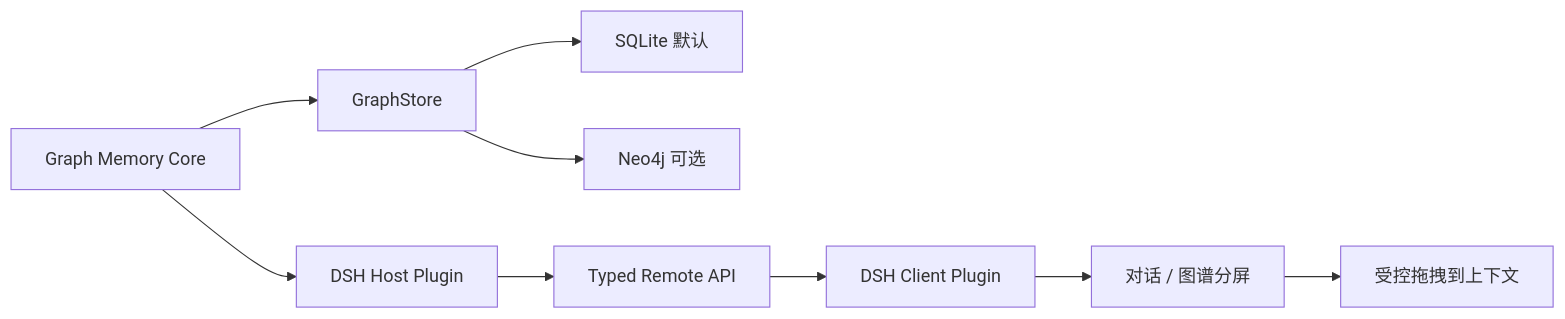
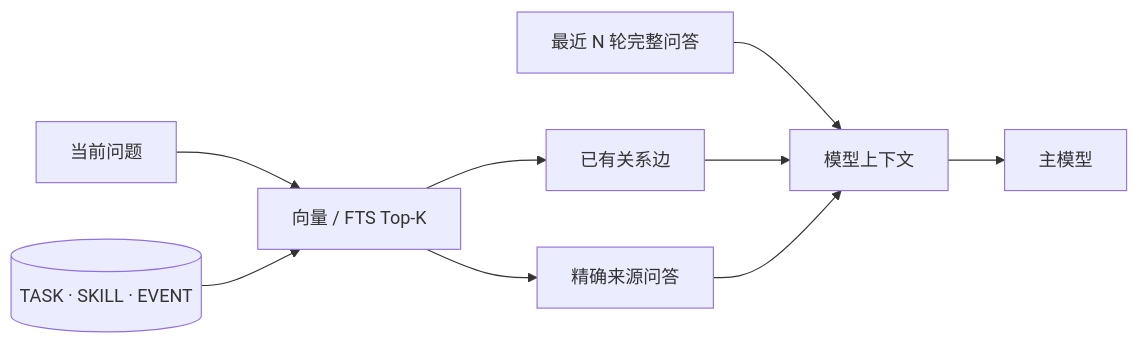
The third of 3 diagrams in README_CN.md (TriDefender/graph-memory), drawn with Mermaid before and after one commit. The commit also changed other lines of this file and 9 other files, not shown here.

````diff
--- a/README_CN.md
+++ b/README_CN.md
@@ -313,11 +114,11 @@
 ```mermaid
 flowchart LR
-  CORE[Graph Memory Core] --> STORE[GraphStore]
-  STORE --> SQLITE[SQLite 默认]
-  STORE --> NEO[Neo4j 可选]
-  CORE --> HOST[DSH Host Plugin]
-  HOST --> API[Typed Remote API]
-  API --> CLIENT[DSH Client Plugin]
-  CLIENT --> WORKBENCH[对话 / 图谱分屏]
-  WORKBENCH --> DRAG[受控拖拽到上下文]
+  Q[当前问题] --> R[向量 / FTS Top-K]
+  DB[(TASK · SKILL · EVENT)] --> R
+  R --> E[已有关系边]
+  R --> S[精确来源问答]
+  F[最近 N 轮完整问答] --> C[模型上下文]
+  E --> C
+  S --> C
+  C --> M[主模型]
 ```
````
